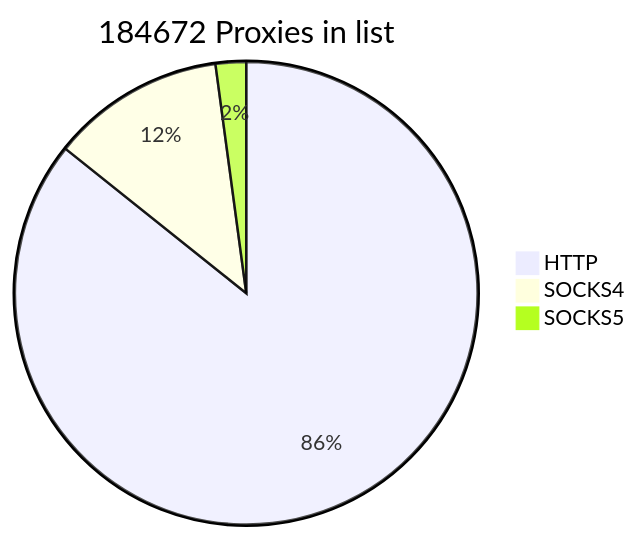
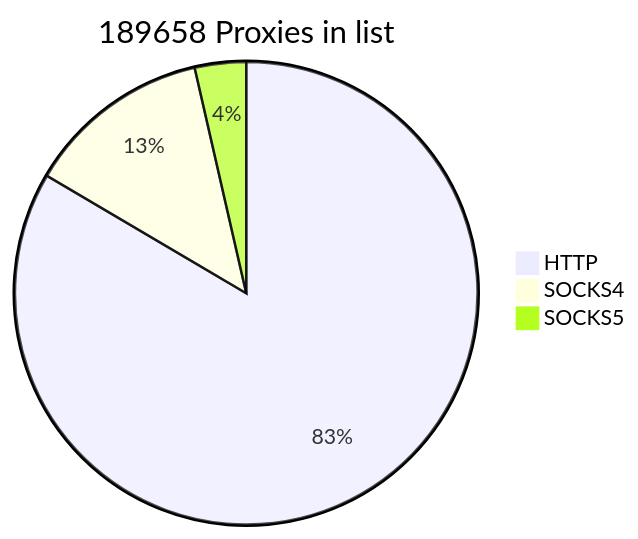
The first of 2 diagrams in README.md (cutipu/proxylist), drawn with Mermaid before and after one commit. The commit also changed other lines of this file, not shown here.

````diff
--- a/README.md
+++ b/README.md
@@ -2,7 +2,7 @@
 ```mermaid
-pie title 184672 Proxies in list
-    "HTTP" : 158321
-    "SOCKS4" : 22420
-    "SOCKS5" : 3931
+pie title 189658 Proxies in list
+    "HTTP" : 158320
+    "SOCKS4" : 24545
+    "SOCKS5" : 6793
             
 ```
````
